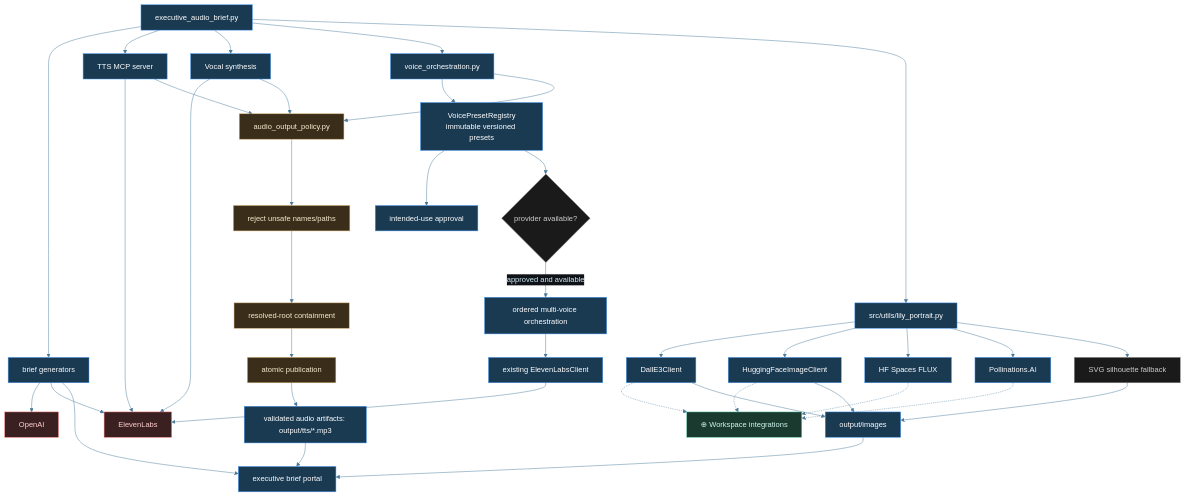
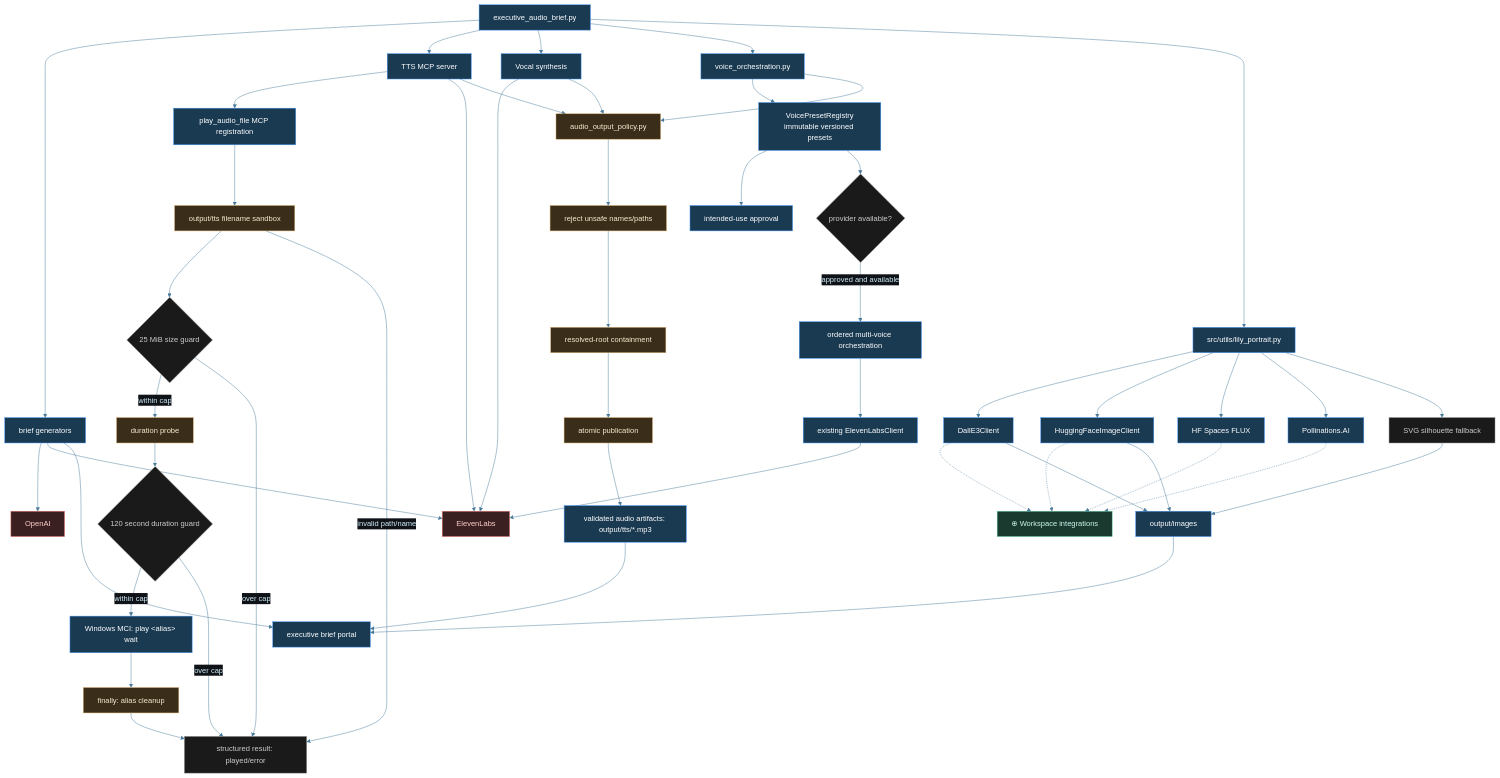
Before and after one commit to tylerdrakemusic/AI-Manifest: the diagram in diagrams/manifest-derived-media-pipeline.mmd, drawn with Mermaid. The commit also changed 4 other files, not shown here.

Commit message:
👁 manifest: publish synchronous audio playback repair

```diff
--- a/diagrams/manifest-derived-media-pipeline.mmd
+++ b/diagrams/manifest-derived-media-pipeline.mmd
@@ -1,52 +1,66 @@
 %%{init: {'theme': 'base', 'themeVariables': {'primaryColor': '#1a2e3a', 'primaryTextColor': '#d0ecf8', 'edgeLabelBackground': '#0f1318', 'lineColor': '#4a7a9a'}}}%%
 %% is_derived_view=true
 %% Traceability.parent: diagrams/manifest-architecture.mmd
 graph TB
     Tools[executive_audio_brief.py] --> Briefs[brief generators]
     Tools --> MCP[TTS MCP server]
+    MCP --> PlayAudio[play_audio_file MCP registration]
     Tools --> Vocal[Vocal synthesis]
     Tools --> VoiceOrchestration[voice_orchestration.py]
     VoiceOrchestration --> VoiceRegistry[VoicePresetRegistry<br/>immutable versioned presets]
     VoiceRegistry --> PresetApproval[intended-use approval]
     VoiceRegistry --> AvailabilityGate{provider available?}
     AvailabilityGate -->|approved and available| OrderedVoices[ordered multi-voice orchestration]
     OrderedVoices --> ElevenLabsClient[existing ElevenLabsClient]
     Briefs --> OpenAI[OpenAI]
     Briefs --> ElevenLabs[ElevenLabs]
     Tools --> Lily[src/utils/lily_portrait.py]
     Lily --> DallE3[DallE3Client]
     Lily --> HFImage[HuggingFaceImageClient]
     Lily --> HFSpaces[HF Spaces FLUX]
     Lily --> Pollinations[Pollinations.AI]
     Lily --> Fallback[SVG silhouette fallback]
     DallE3 -.-> WS[⊕ Workspace integrations]
     HFImage -.-> WS
     HFSpaces -.-> WS
     Pollinations -.-> WS
     DallE3 --> Images[output/images]
     HFImage --> Images
     Fallback --> Images
     Images --> Portal[executive brief portal]
     MCP --> ElevenLabs
     Vocal --> ElevenLabs
     ElevenLabsClient --> ElevenLabs
     VoiceOrchestration --> AudioPolicy
     MCP --> AudioPolicy[audio_output_policy.py]
     Vocal --> AudioPolicy
     AudioPolicy --> Reject[reject unsafe names/paths]
     Reject --> RootContainment[resolved-root containment]
     RootContainment --> AtomicPublish[atomic publication]
     AtomicPublish --> AudioOut[validated audio artifacts: output/tts/*.mp3]
+    PlayAudio --> FilenameSandbox[output/tts filename sandbox]
+    FilenameSandbox --> SizeGuard{25 MiB size guard}
+    SizeGuard -->|within cap| DurationProbe[duration probe]
+    SizeGuard -->|over cap| PlaybackResult[structured result: rejected/error]
+    DurationProbe --> DurationGuard{120 second duration guard}
+    DurationGuard -->|within cap| MCI[Windows MCI: play &lt;alias&gt; wait]
+    DurationGuard -->|over cap| PlaybackResult
+    MCI --> PlaybackCleanup[finally: alias cleanup]
+    PlaybackCleanup --> PlaybackResult[structured result: played/error]
+    FilenameSandbox -->|invalid path/name| PlaybackResult
+    %% MCI command is synchronous: play <alias> wait
     AudioOut --> Portal
     Briefs --> Portal
 classDef orch fill:#1a3a52,stroke:#4a9eff,color:#fff
 classDef ws fill:#1a3a30,stroke:#6ad4b4,color:#d0f8ee
 classDef ext fill:#3a2020,stroke:#ff7a7a,color:#ffd0d0
 classDef manifest fill:#3a2e1a,stroke:#d4a96a,color:#f8ead0
 classDef state fill:#1a1a1a,stroke:#888888,color:#cccccc
-    class Tools,Briefs,MCP,Vocal,VoiceOrchestration,VoiceRegistry,PresetApproval,OrderedVoices,ElevenLabsClient,Lily,DallE3,HFImage,HFSpaces,Pollinations,Images,Portal,AudioOut orch
+    class Tools,Briefs,MCP,PlayAudio,Vocal,VoiceOrchestration,VoiceRegistry,PresetApproval,OrderedVoices,ElevenLabsClient,Lily,DallE3,HFImage,HFSpaces,Pollinations,Images,Portal,AudioOut orch
     class AvailabilityGate state
-    class AudioPolicy,Reject,RootContainment,AtomicPublish manifest
+    class AudioPolicy,Reject,RootContainment,AtomicPublish,FilenameSandbox,DurationProbe,PlaybackCleanup manifest
+    class SizeGuard,DurationGuard,PlaybackResult state
+    class MCI orch
     class Fallback state
     class WS ws
     class OpenAI,ElevenLabs ext
```
